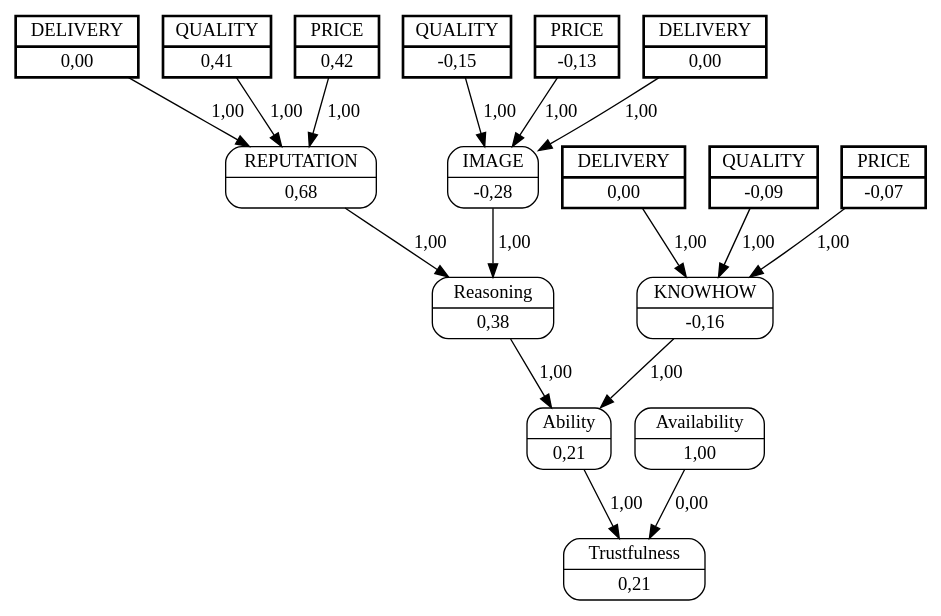
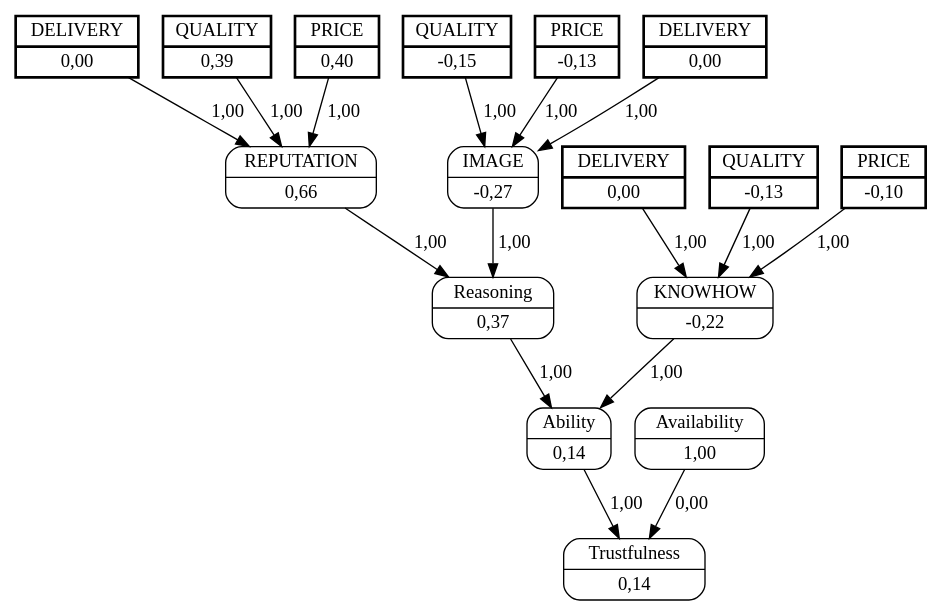
The diagram in unload_boxes/dots/buyerC3sellerC8.dot (jjbaqueta/unload_experiment), drawn with Graphviz before and after one commit. The commit also changed 97 other files, not shown here.

```diff
--- a/unload_boxes/dots/buyerC3sellerC8.dot
+++ b/unload_boxes/dots/buyerC3sellerC8.dot
@@ -1,39 +1,39 @@
 digraph FCM_net{
 	node [shape=record, style=rounded]
 	7 [label="{QUALITY | -0,15}", style=bold, penwidth=2, peripheries=2];
 	8 [label="{PRICE | -0,13}", style=bold, penwidth=2, peripheries=2];
 	9 [label="{DELIVERY | 0,00}", style=bold, penwidth=2, peripheries=2];
-	10 [label="{QUALITY | 0,41}", style=bold, penwidth=2, peripheries=2];
-	11 [label="{PRICE | 0,42}", style=bold, penwidth=2, peripheries=2];
+	10 [label="{QUALITY | 0,39}", style=bold, penwidth=2, peripheries=2];
+	11 [label="{PRICE | 0,40}", style=bold, penwidth=2, peripheries=2];
 	12 [label="{DELIVERY | 0,00}", style=bold, penwidth=2, peripheries=2];
-	13 [label="{QUALITY | -0,09}", style=bold, penwidth=2, peripheries=2];
-	14 [label="{PRICE | -0,07}", style=bold, penwidth=2, peripheries=2];
+	13 [label="{QUALITY | -0,13}", style=bold, penwidth=2, peripheries=2];
+	14 [label="{PRICE | -0,10}", style=bold, penwidth=2, peripheries=2];
 	15 [label="{DELIVERY | 0,00}", style=bold, penwidth=2, peripheries=2];
-	0 [label="{IMAGE | -0,28}"];
-	1 [label="{REPUTATION | 0,68}"];
-	2 [label="{KNOWHOW | -0,16}"];
-	3 [label="{Reasoning | 0,38}"];
-	4 [label="{Ability | 0,21}"];
+	0 [label="{IMAGE | -0,27}"];
+	1 [label="{REPUTATION | 0,66}"];
+	2 [label="{KNOWHOW | -0,22}"];
+	3 [label="{Reasoning | 0,37}"];
+	4 [label="{Ability | 0,14}"];
 	5 [label="{Availability | 1,00}"];
-	6 [label="{Trustfulness | 0,21}"];
+	6 [label="{Trustfulness | 0,14}"];
 	7 [label="{QUALITY | -0,15}"];
 	8 [label="{PRICE | -0,13}"];
 	9 [label="{DELIVERY | 0,00}"];
-	11 [label="{PRICE | 0,42}"];
-	13 [label="{QUALITY | -0,09}"];
+	11 [label="{PRICE | 0,40}"];
+	13 [label="{QUALITY | -0,13}"];
 	0 -> 3 [label = "1,00"];
 	1 -> 3 [label = "1,00"];
 	3 -> 4 [label = "1,00"];
 	2 -> 4 [label = "1,00"];
 	4 -> 6 [label = "1,00"];
 	5 -> 6 [label = "0,00"];
 	7 -> 0 [label = "1,00"];
 	8 -> 0 [label = "1,00"];
 	9 -> 0 [label = "1,00"];
 	10 -> 1 [label = "1,00"];
 	11 -> 1 [label = "1,00"];
 	12 -> 1 [label = "1,00"];
 	13 -> 2 [label = "1,00"];
 	14 -> 2 [label = "1,00"];
 	15 -> 2 [label = "1,00"];
 }
```
